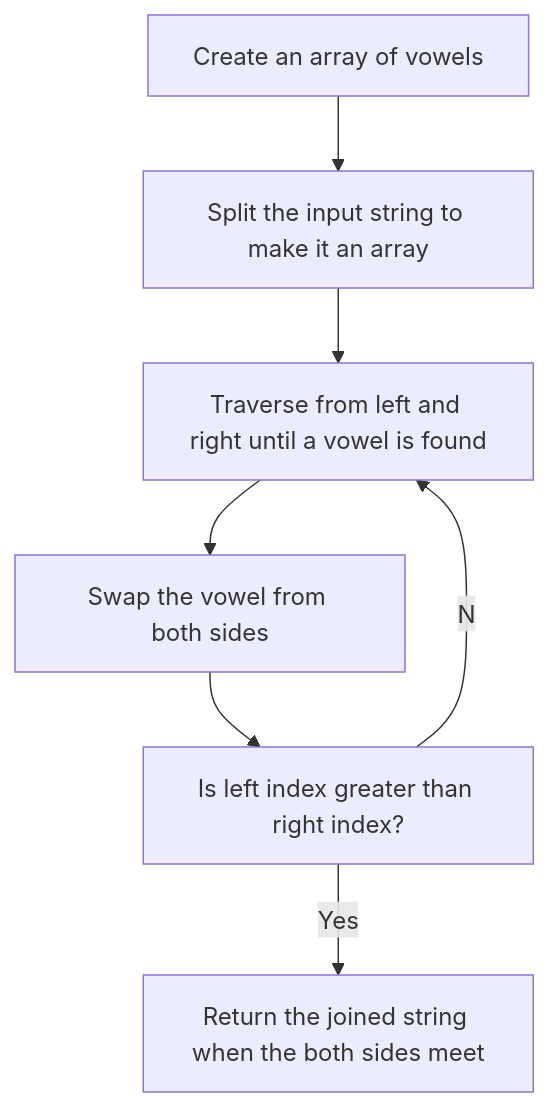
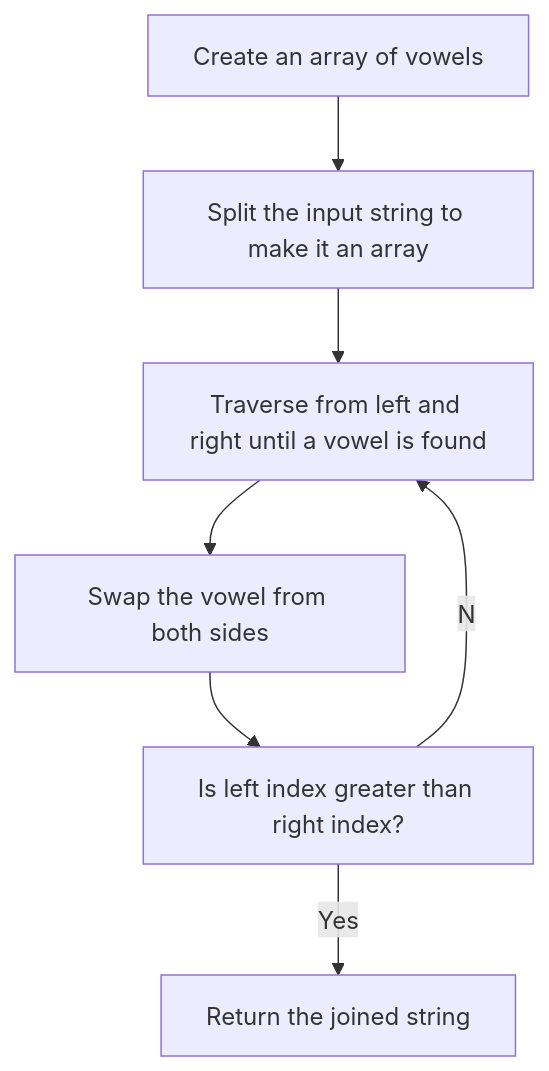
The diagram in Warmup/Reverse Vowels/README.md (damarbm30/competitive-programming), drawn with Mermaid before and after one commit.

````diff
--- a/Warmup/Reverse Vowels/README.md
+++ b/Warmup/Reverse Vowels/README.md
@@ -5,10 +5,10 @@
 ```mermaid
 graph TB;
     A[Create an array of vowels]-->B[Split the input string to make it an array];
     B-->C[Traverse from left and right until a vowel is found];
     C-->D[Swap the vowel from both sides];
     D-->E[Is left index greater than right index?];
-    E--Yes-->F[Return the joined string when the both sides meet];
+    E--Yes-->F[Return the joined string];
     E--No-->C
    
 ```
````
